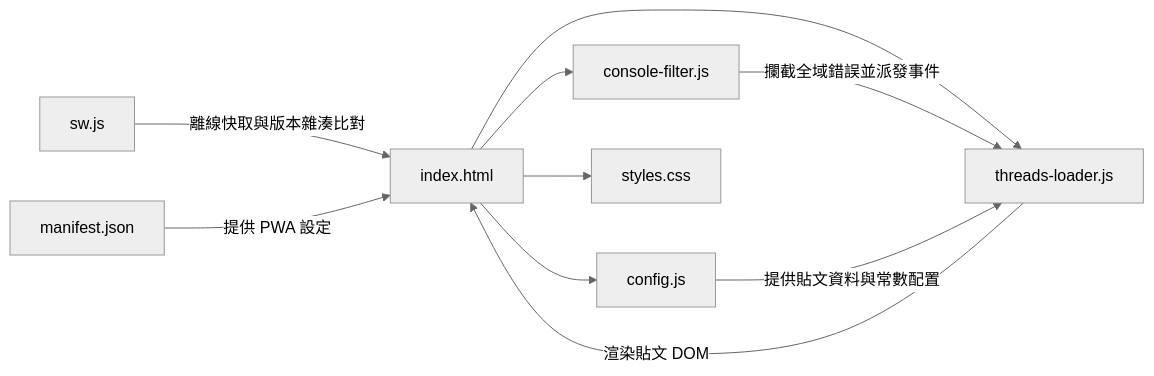
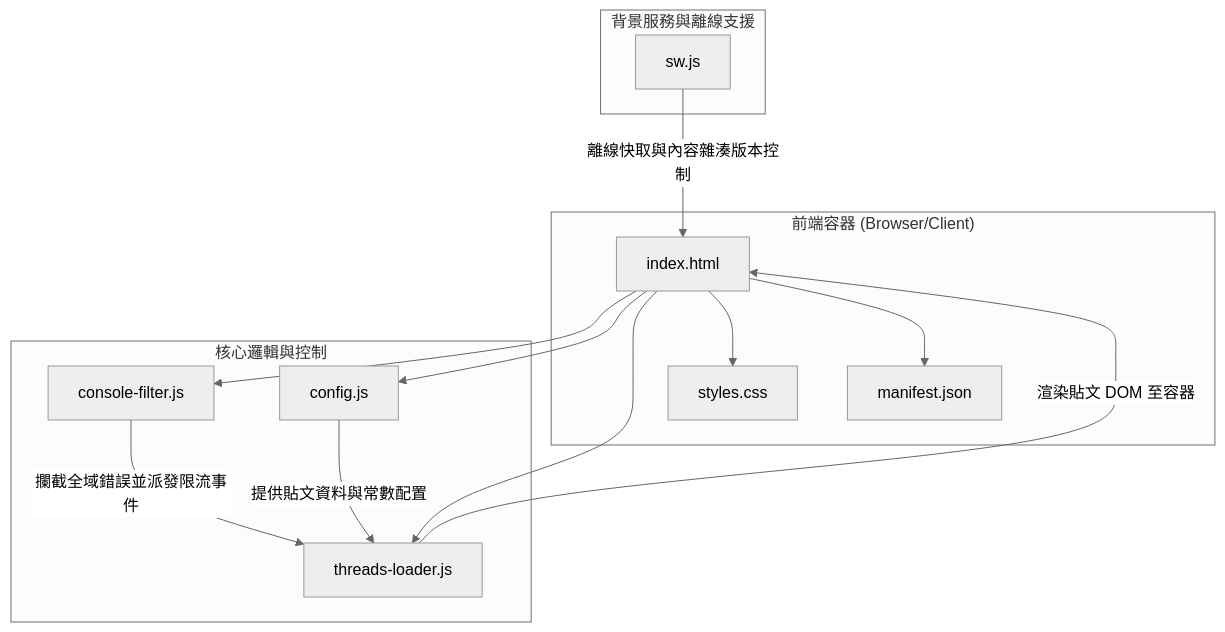
Before and after one commit to Scorpio-meow/Threads-Featured-Posts: the first of 2 diagrams in README.md, drawn with Mermaid (neutral theme). The commit also changed other lines of this file and 3 other files, not shown here.

````diff
--- a/README.md
+++ b/README.md
@@ -70,14 +70,30 @@
 ```mermaid
-graph LR
-    Index[index.html] --> Filter[console-filter.js]
-    Index --> Config[config.js]
-    Index --> Loader[threads-loader.js]
-    Index --> Style[styles.css]
+flowchart TD
+    subgraph Client ["前端容器 (Browser/Client)"]
+        Index["index.html"]
+        Style["styles.css"]
+        Manifest["manifest.json"]
+    end
+
+    subgraph Logic ["核心邏輯與控制"]
+        Config["config.js"]
+        Filter["console-filter.js"]
+        Loader["threads-loader.js"]
+    end
+
+    subgraph Service ["背景服務與離線支援"]
+        SW["sw.js"]
+    end
+
+    Index --> Filter
+    Index --> Config
+    Index --> Loader
+    Index --> Style
+    Index --> Manifest
     
-    Filter -- 攔截全域錯誤並派發事件 --> Loader
-    Config -- 提供貼文資料與常數配置 --> Loader
-    Loader -- 渲染貼文 DOM --> Index
+    Filter -- "攔截全域錯誤並派發限流事件" --> Loader
+    Config -- "提供貼文資料與常數配置" --> Loader
+    Loader -- "渲染貼文 DOM 至容器" --> Index
     
-    SW[sw.js] -- 離線快取與版本雜湊比對 --> Index
-    Manifest[manifest.json] -- 提供 PWA 設定 --> Index
+    SW -- "離線快取與內容雜湊版本控制" --> Index
 ```
````
